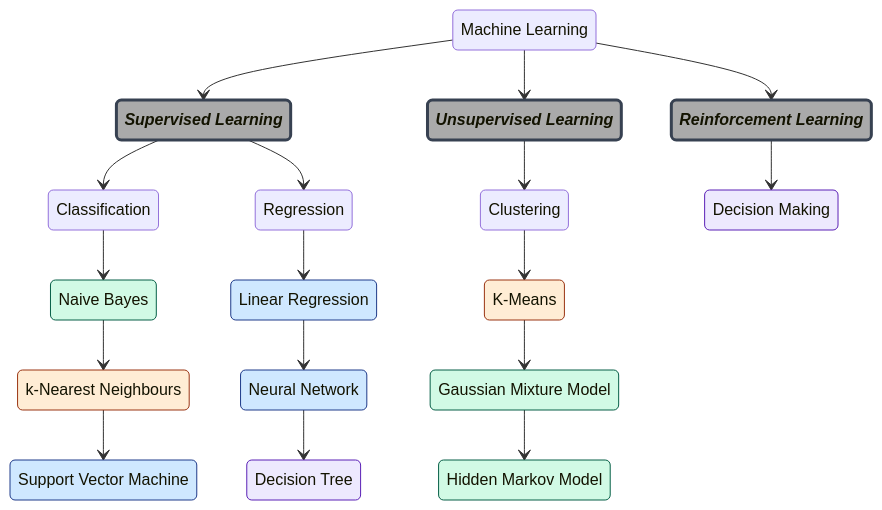
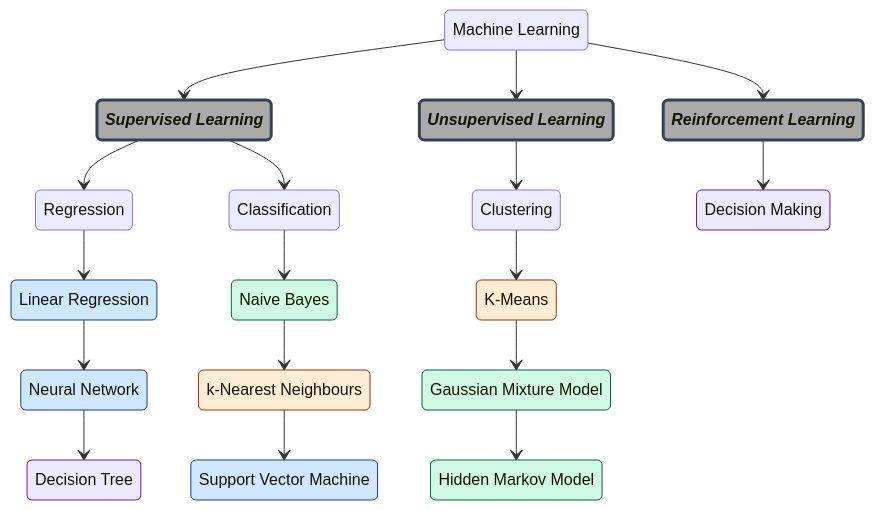
Before and after one commit to arshadhs/arshadhs.github.io: the diagram in content/docs/ai/machine-learning/_index.md, drawn with Mermaid.

```diff
--- a/content/docs/ai/machine-learning/_index.md
+++ b/content/docs/ai/machine-learning/_index.md
@@ -12,58 +12,58 @@
 {{< mermaid >}}
 stateDiagram-v2
 
     %% ===== CLASS DEFINITIONS (Math-based colours) =====
     classDef algebra fill:#cfe8ff,stroke:#1e3a8a,stroke-width:1px
     classDef probability fill:#d1fae5,stroke:#065f46,stroke-width:1px
     classDef geometry fill:#ffedd5,stroke:#9a3412,stroke-width:1px
     classDef logic fill:#ede9fe,stroke:#5b21b6,stroke-width:1px
     classDef category font-style:italic,font-weight:bold,fill:#aaaaaa,stroke:#374151,stroke-width:3px
 
     %% ===== ROOT =====
     ML: Machine Learning
 
     %% ===== SUPERVISED =====
     ML --> SL:::category
     SL: Supervised Learning
 
-    SL --> Classification
-    Classification --> NB:::probability
-    NB: Naive Bayes
-
-    NB --> KNN:::geometry
-    KNN: k-Nearest Neighbours
-
-    KNN --> SVM:::algebra
-    SVM: Support Vector Machine
-
     SL --> Regression
     Regression --> LR:::algebra
     LR: Linear Regression
 
     LR --> NN:::algebra
     NN: Neural Network
 
     NN --> DT:::logic
     DT: Decision Tree
 
+    SL --> Classification
+    Classification --> NB:::probability
+    NB: Naive Bayes
+
+    NB --> KNN:::geometry
+    KNN: k-Nearest Neighbours
+
+    KNN --> SVM:::algebra
+    SVM: Support Vector Machine
+    
     %% ===== UNSUPERVISED =====
     ML --> USL:::category
     USL: Unsupervised Learning
 
     USL --> Clustering
     Clustering --> KM:::geometry
     KM: K-Means
 
     KM --> GMM:::probability
     GMM: Gaussian Mixture Model
 
     GMM --> HMM:::probability
     HMM: Hidden Markov Model
 
     %% ===== REINFORCEMENT =====
     ML --> RL:::category
     RL: Reinforcement Learning
 
     RL --> DM:::logic
     DM: Decision Making
 {{< /mermaid >}}
```
